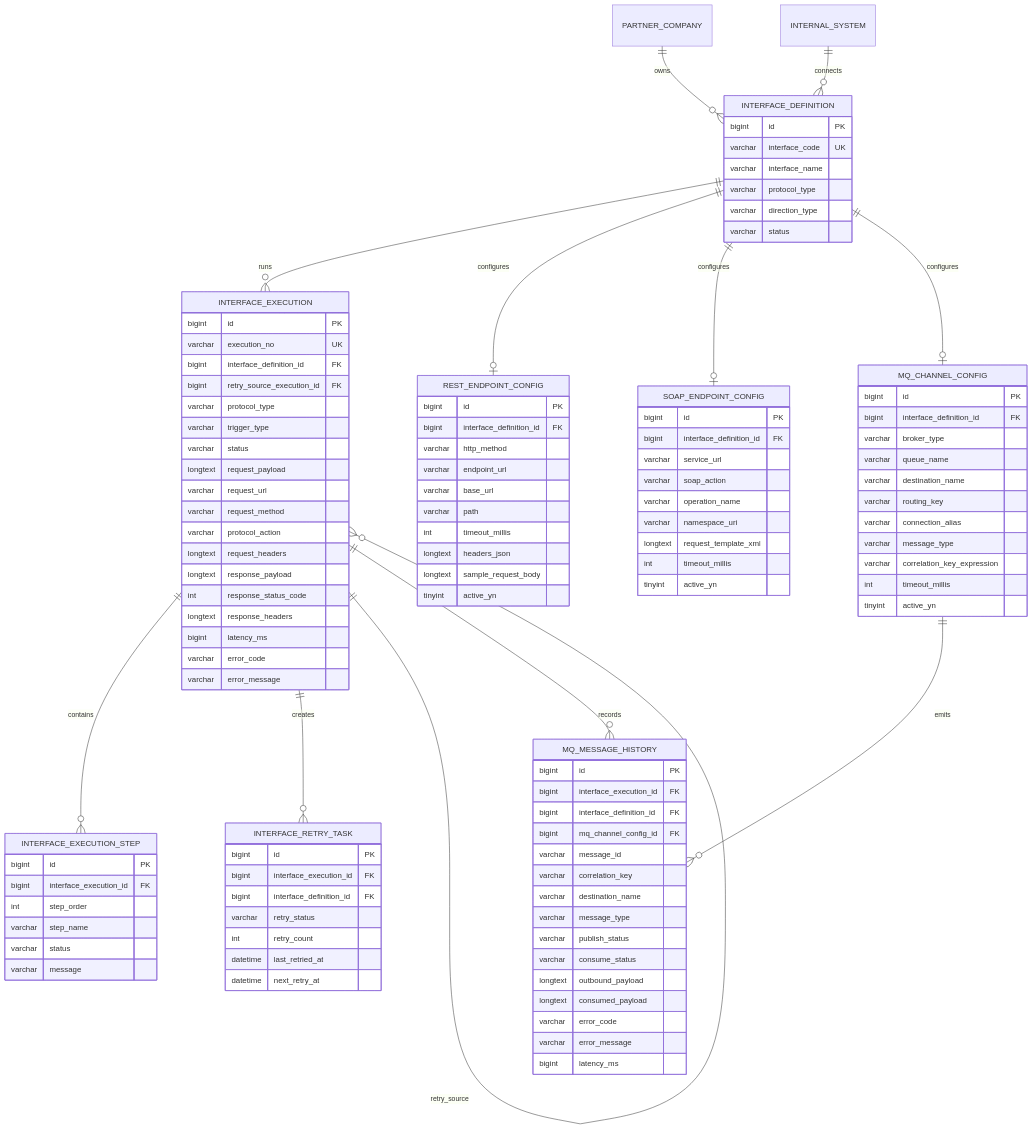
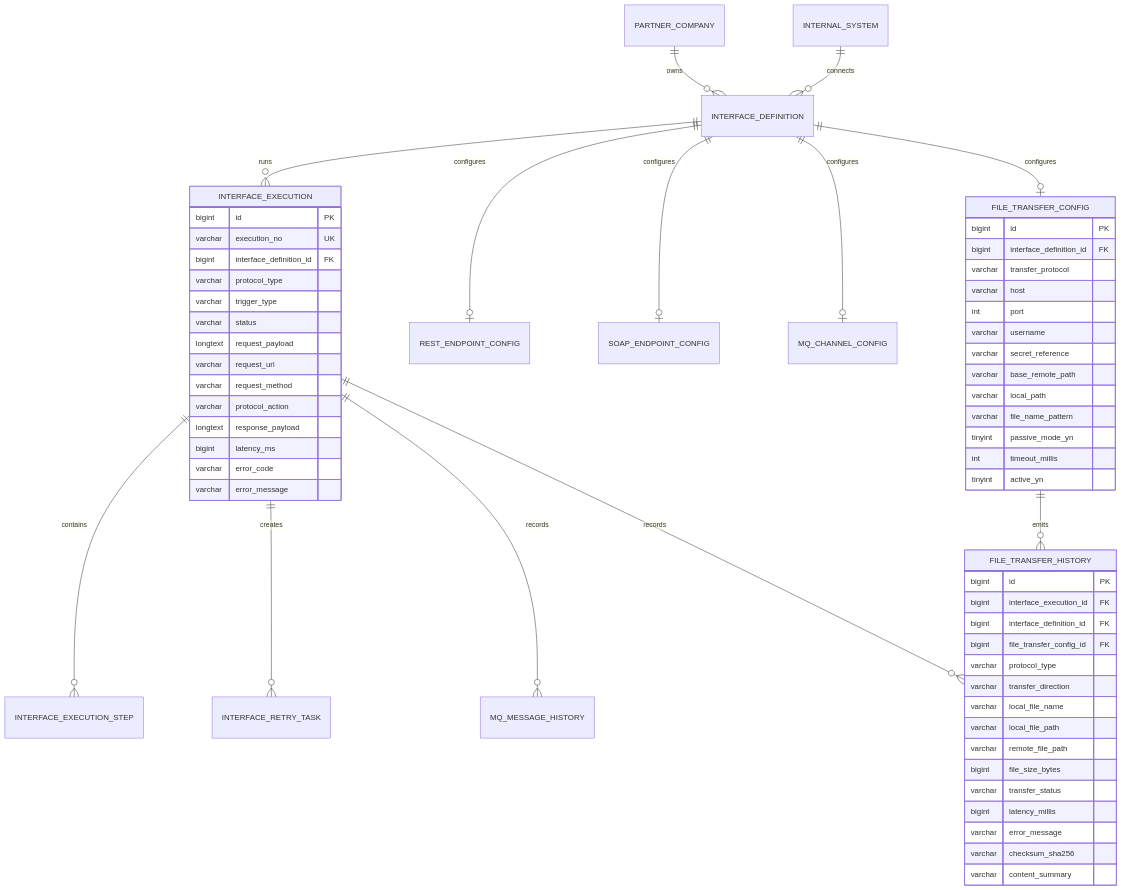
Before and after one commit to prozen99/Insurance_interface_hub: the diagram in docs/03-erd.md, drawn with Mermaid. The commit also changed other lines of this file and 9 other files, not shown here.

````diff
--- a/docs/03-erd.md
+++ b/docs/03-erd.md
@@ -12,65 +12,51 @@
     INTERFACE_DEFINITION ||--o| REST_ENDPOINT_CONFIG : configures
     INTERFACE_DEFINITION ||--o| SOAP_ENDPOINT_CONFIG : configures
     INTERFACE_DEFINITION ||--o| MQ_CHANNEL_CONFIG : configures
+    INTERFACE_DEFINITION ||--o| FILE_TRANSFER_CONFIG : configures
     INTERFACE_EXECUTION ||--o{ INTERFACE_EXECUTION_STEP : contains
     INTERFACE_EXECUTION ||--o{ INTERFACE_RETRY_TASK : creates
-    INTERFACE_EXECUTION ||--o{ INTERFACE_EXECUTION : retry_source
     INTERFACE_EXECUTION ||--o{ MQ_MESSAGE_HISTORY : records
-    MQ_CHANNEL_CONFIG ||--o{ MQ_MESSAGE_HISTORY : emits
+    INTERFACE_EXECUTION ||--o{ FILE_TRANSFER_HISTORY : records
+    FILE_TRANSFER_CONFIG ||--o{ FILE_TRANSFER_HISTORY : emits
 
-    INTERFACE_DEFINITION {
-        bigint id PK
-        varchar interface_code UK
-        varchar interface_name
-        varchar protocol_type
-        varchar direction_type
-        varchar status
-    }
-
-    REST_ENDPOINT_CONFIG {
+    FILE_TRANSFER_CONFIG {
         bigint id PK
         bigint interface_definition_id FK
-        varchar http_method
-        varchar endpoint_url
-        varchar base_url
-        varchar path
-        int timeout_millis
-        longtext headers_json
-        longtext sample_request_body
-        tinyint active_yn
-    }
-
-    SOAP_ENDPOINT_CONFIG {
-        bigint id PK
-        bigint interface_definition_id FK
-        varchar service_url
-        varchar soap_action
-        varchar operation_name
-        varchar namespace_uri
-        longtext request_template_xml
+        varchar transfer_protocol
+        varchar host
+        int port
+        varchar username
+        varchar secret_reference
+        varchar base_remote_path
+        varchar local_path
+        varchar file_name_pattern
+        tinyint passive_mode_yn
         int timeout_millis
         tinyint active_yn
     }
 
-    MQ_CHANNEL_CONFIG {
+    FILE_TRANSFER_HISTORY {
         bigint id PK
+        bigint interface_execution_id FK
         bigint interface_definition_id FK
-        varchar broker_type
-        varchar queue_name
-        varchar destination_name
-        varchar routing_key
-        varchar connection_alias
-        varchar message_type
-        varchar correlation_key_expression
-        int timeout_millis
-        tinyint active_yn
+        bigint file_transfer_config_id FK
+        varchar protocol_type
+        varchar transfer_direction
+        varchar local_file_name
+        varchar local_file_path
+        varchar remote_file_path
+        bigint file_size_bytes
+        varchar transfer_status
+        bigint latency_millis
+        varchar error_message
+        varchar checksum_sha256
+        varchar content_summary
     }
 
     INTERFACE_EXECUTION {
         bigint id PK
         varchar execution_no UK
         bigint interface_definition_id FK
-        bigint retry_source_execution_id FK
         varchar protocol_type
         varchar trigger_type
         varchar status
@@ -78,49 +64,9 @@
         varchar request_url
         varchar request_method
         varchar protocol_action
-        longtext request_headers
         longtext response_payload
-        int response_status_code
-        longtext response_headers
         bigint latency_ms
         varchar error_code
         varchar error_message
     }
-
-    MQ_MESSAGE_HISTORY {
-        bigint id PK
-        bigint interface_execution_id FK
-        bigint interface_definition_id FK
-        bigint mq_channel_config_id FK
-        varchar message_id
-        varchar correlation_key
-        varchar destination_name
-        varchar message_type
-        varchar publish_status
-        varchar consume_status
-        longtext outbound_payload
-        longtext consumed_payload
-        varchar error_code
-        varchar error_message
-        bigint latency_ms
-    }
-
-    INTERFACE_EXECUTION_STEP {
-        bigint id PK
-        bigint interface_execution_id FK
-        int step_order
-        varchar step_name
-        varchar status
-        varchar message
-    }
-
-    INTERFACE_RETRY_TASK {
-        bigint id PK
-        bigint interface_execution_id FK
-        bigint interface_definition_id FK
-        varchar retry_status
-        int retry_count
-        datetime last_retried_at
-        datetime next_retry_at
-    }
 ```
````
